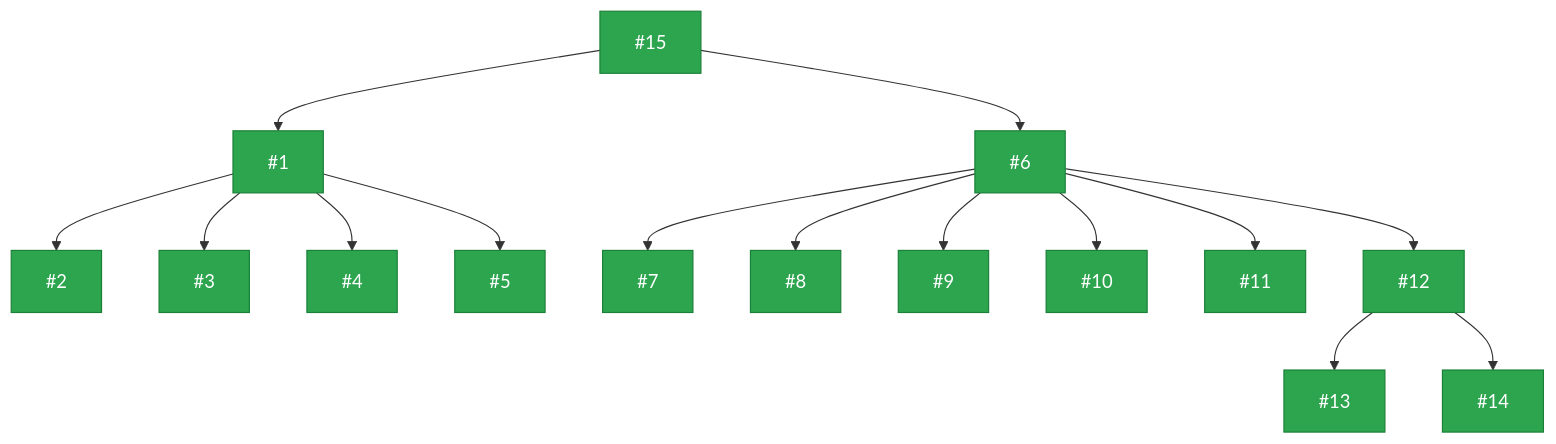
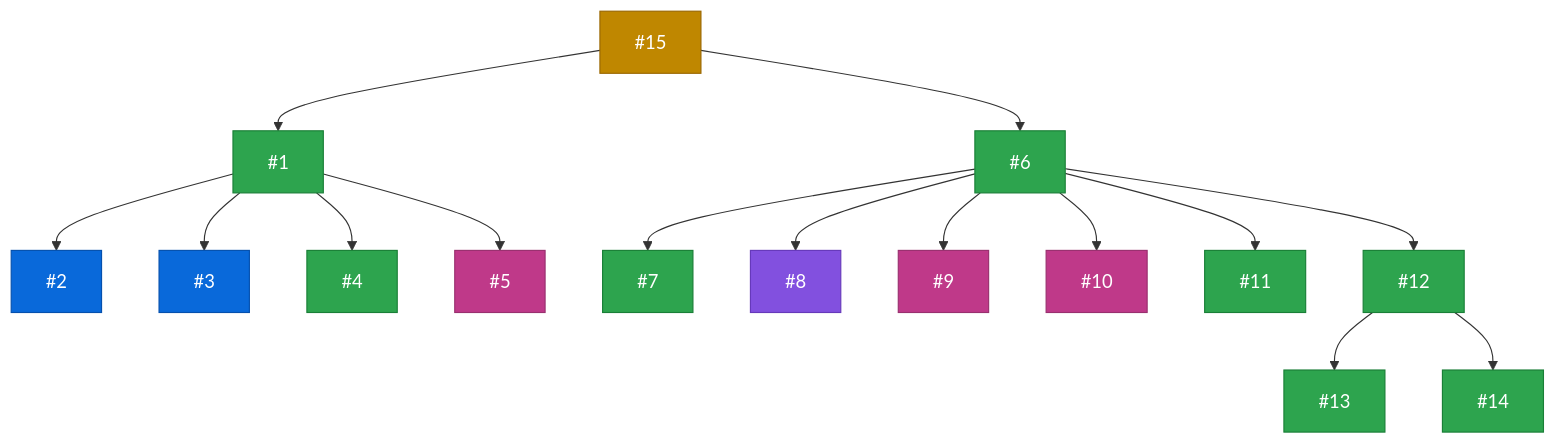
The fourth of 9 diagrams in README.md (zappfish/zapp-requirements-tracker), drawn with Mermaid before and after one commit. The commit also changed other lines of this file, not shown here.

Commit message:
Update WBS diagram colors to match project board statuses

````diff
--- a/README.md
+++ b/README.md
@@ -187,49 +187,49 @@
 ```mermaid
 graph TD
-    R2["#15"]:::backlog
+    R2["#15"]:::inprogress
 
     R2A["#1"]:::backlog
     R2B["#6"]:::backlog
     R2 --> R2A & R2B
 
-    R2A1["#2"]:::backlog
-    R2A2["#3"]:::backlog
+    R2A1["#2"]:::upnext
+    R2A2["#3"]:::upnext
     R2A3["#4"]:::backlog
-    R2A4["#5"]:::backlog
+    R2A4["#5"]:::stable
     R2A --> R2A1 & R2A2 & R2A3 & R2A4
 
     R2B1["#7"]:::backlog
-    R2B2["#8"]:::backlog
-    R2B3["#9"]:::backlog
-    R2B4["#10"]:::backlog
+    R2B2["#8"]:::inreview
+    R2B3["#9"]:::stable
+    R2B4["#10"]:::stable
     R2B5["#11"]:::backlog
     R2B6["#12"]:::backlog
     R2B --> R2B1 & R2B2 & R2B3 & R2B4 & R2B5 & R2B6
 
     R2B6A["#13"]:::backlog
     R2B6B["#14"]:::backlog
     R2B6 --> R2B6A & R2B6B
 
     click R2 href "https://github.com/zappfish/zapp-requirements-tracker/issues/15" _blank
     click R2A href "https://github.com/zappfish/zapp-requirements-tracker/issues/1" _blank
     click R2B href "https://github.com/zappfish/zapp-requirements-tracker/issues/6" _blank
     click R2A1 href "https://github.com/zappfish/zapp-requirements-tracker/issues/2" _blank
     click R2A2 href "https://github.com/zappfish/zapp-requirements-tracker/issues/3" _blank
     click R2A3 href "https://github.com/zappfish/zapp-requirements-tracker/issues/4" _blank
     click R2A4 href "https://github.com/zappfish/zapp-requirements-tracker/issues/5" _blank
     click R2B1 href "https://github.com/zappfish/zapp-requirements-tracker/issues/7" _blank
     click R2B2 href "https://github.com/zappfish/zapp-requirements-tracker/issues/8" _blank
     click R2B3 href "https://github.com/zappfish/zapp-requirements-tracker/issues/9" _blank
     click R2B4 href "https://github.com/zappfish/zapp-requirements-tracker/issues/10" _blank
     click R2B5 href "https://github.com/zappfish/zapp-requirements-tracker/issues/11" _blank
     click R2B6 href "https://github.com/zappfish/zapp-requirements-tracker/issues/12" _blank
     click R2B6A href "https://github.com/zappfish/zapp-requirements-tracker/issues/13" _blank
     click R2B6B href "https://github.com/zappfish/zapp-requirements-tracker/issues/14" _blank
 
     classDef backlog fill:#2da44e,stroke:#1a7f37,color:#fff
     classDef upnext fill:#0969da,stroke:#0550ae,color:#fff
     classDef inprogress fill:#bf8700,stroke:#9a6700,color:#fff
     classDef inreview fill:#8250df,stroke:#6639ba,color:#fff
     classDef stable fill:#bf3989,stroke:#99306f,color:#fff
     classDef done fill:#bc4c00,stroke:#953800,color:#fff
 ```
````
